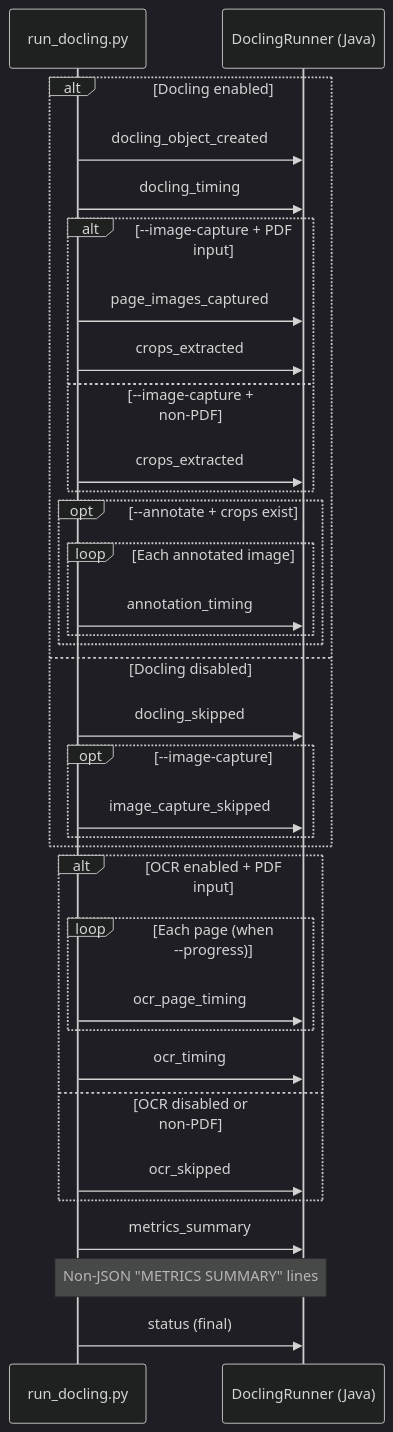
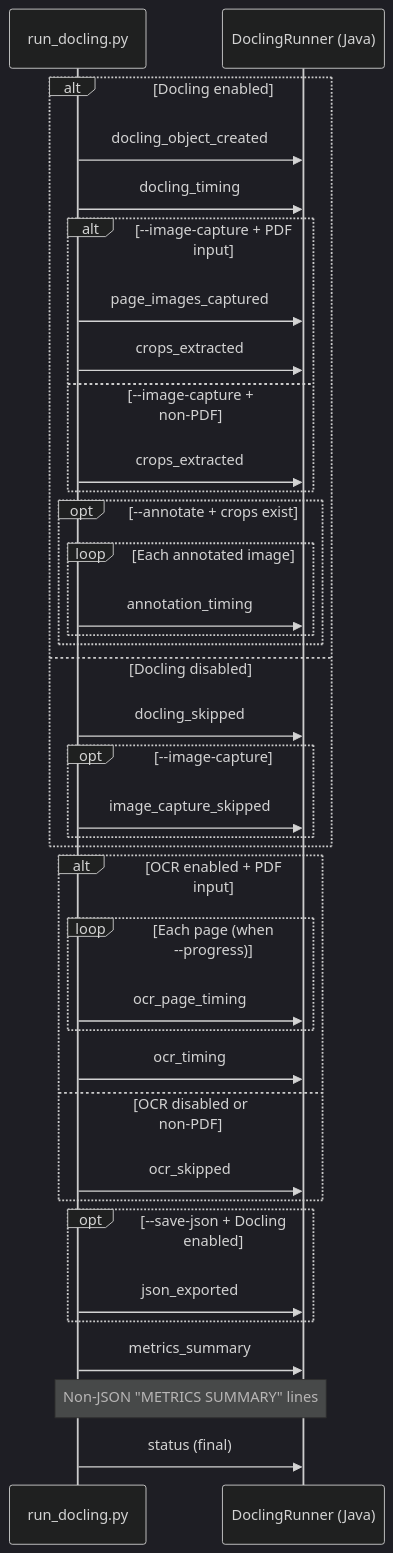
The diagram in docs/runner-protocol.md (toribiodiego/estructura), drawn with Mermaid before and after one commit. The commit also changed other lines of this file and 1 other file, not shown here.

First line of the commit message:
feat: add save json flag to export docling document structure

````diff
--- a/docs/runner-protocol.md
+++ b/docs/runner-protocol.md
@@ -21,40 +21,44 @@
 ```mermaid
 %%{init: {'theme':'dark'}}%%
 sequenceDiagram
     participant R as run_docling.py
     participant J as DoclingRunner (Java)
 
     alt Docling enabled
         R->>J: docling_object_created
         R->>J: docling_timing
         alt --image-capture + PDF input
             R->>J: page_images_captured
             R->>J: crops_extracted
         else --image-capture + non-PDF
             R->>J: crops_extracted
         end
         opt --annotate + crops exist
             loop Each annotated image
                 R->>J: annotation_timing
             end
         end
     else Docling disabled
         R->>J: docling_skipped
         opt --image-capture
             R->>J: image_capture_skipped
         end
     end
 
     alt OCR enabled + PDF input
         loop Each page (when --progress)
             R->>J: ocr_page_timing
         end
         R->>J: ocr_timing
     else OCR disabled or non-PDF
         R->>J: ocr_skipped
     end
 
+    opt --save-json + Docling enabled
+        R->>J: json_exported
+    end
+
     R->>J: metrics_summary
     Note over R,J: Non-JSON "METRICS SUMMARY" lines
     R->>J: status (final)
 ```
````
